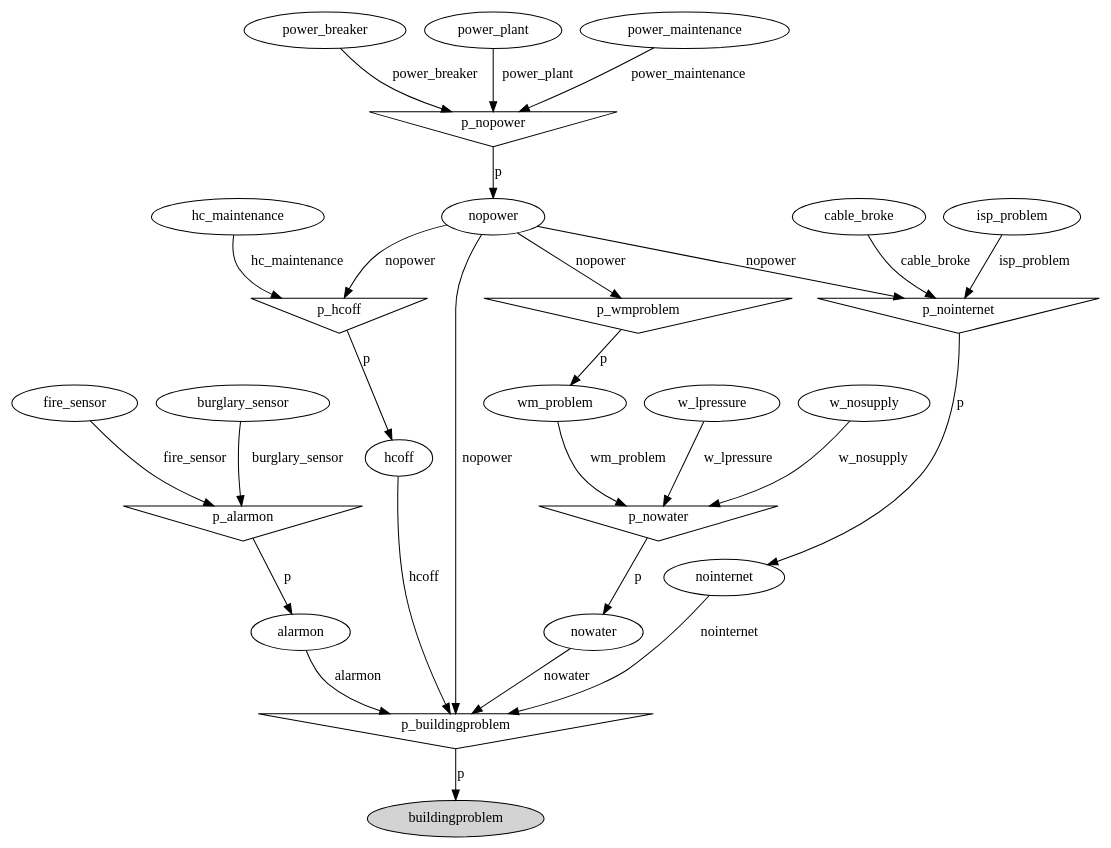
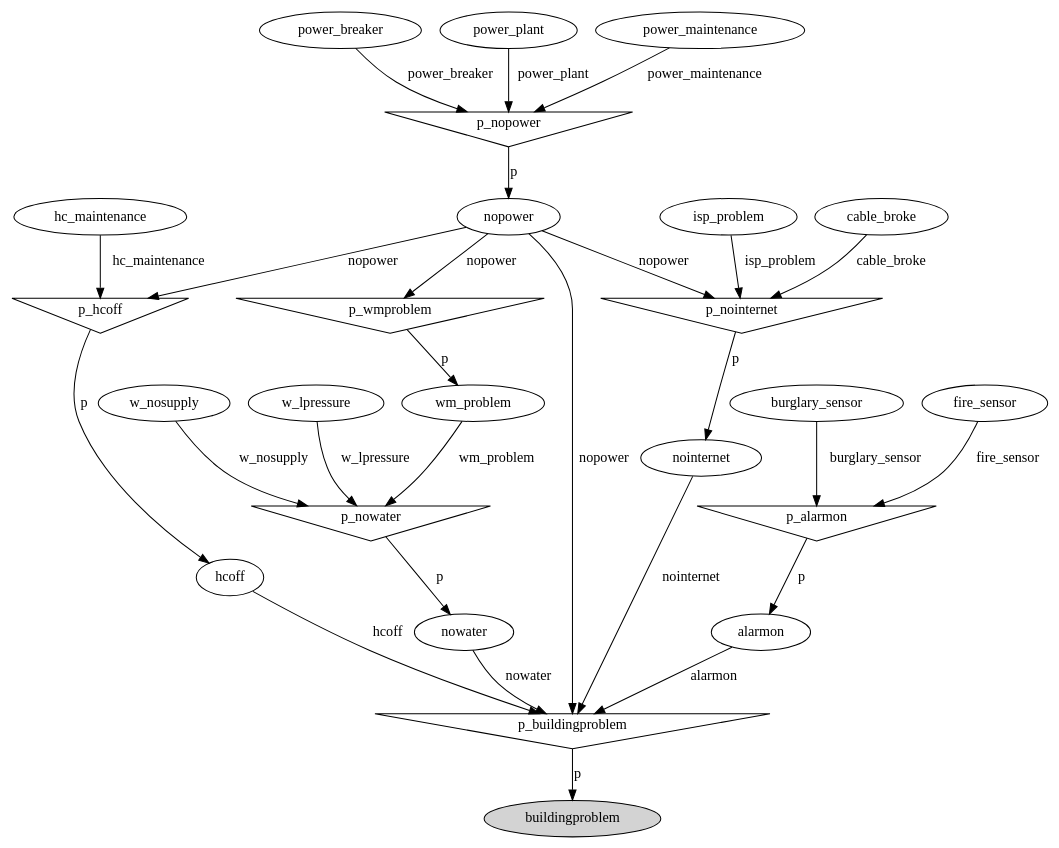
One commit to rolisanchez/ai-project-mcmc changed the diagram in container.dot. Above: the diagram before and after it, drawn with Graphviz. The commit also changed other lines of this file and 53 other files, not shown here.

```diff
--- a/container.dot
+++ b/container.dot
@@ -1,52 +1,52 @@
 digraph G {
+cable_broke;
+w_nosupply;
+nopower;
+p_nopower [shape=invtriangle];
+p_nopower -> nopower  [label=p];
+power_breaker;
+power_breaker -> p_nopower  [label=power_breaker];
+power_plant;
+power_plant -> p_nopower  [label=power_plant];
+power_maintenance;
+power_maintenance -> p_nopower  [label=power_maintenance];
+burglary_sensor;
+nowater;
+p_nowater [shape=invtriangle];
+p_nowater -> nowater  [label=p];
+w_lpressure;
+w_lpressure -> p_nowater  [label=w_lpressure];
+w_nosupply -> p_nowater  [label=w_nosupply];
+wm_problem;
+wm_problem -> p_nowater  [label=wm_problem];
+p_wmproblem [shape=invtriangle];
+p_wmproblem -> wm_problem  [label=p];
+nopower -> p_wmproblem  [label=nopower];
 buildingproblem [style=filled];
 p_buildingproblem [shape=invtriangle];
 p_buildingproblem -> buildingproblem  [label=p];
 alarmon;
 alarmon -> p_buildingproblem  [label=alarmon];
 p_alarmon [shape=invtriangle];
 p_alarmon -> alarmon  [label=p];
 fire_sensor;
 fire_sensor -> p_alarmon  [label=fire_sensor];
-burglary_sensor;
 burglary_sensor -> p_alarmon  [label=burglary_sensor];
 hcoff;
 hcoff -> p_buildingproblem  [label=hcoff];
 p_hcoff [shape=invtriangle];
 p_hcoff -> hcoff  [label=p];
 hc_maintenance;
 hc_maintenance -> p_hcoff  [label=hc_maintenance];
-nopower;
 nopower -> p_hcoff  [label=nopower];
-p_nopower [shape=invtriangle];
-p_nopower -> nopower  [label=p];
-power_breaker;
-power_breaker -> p_nopower  [label=power_breaker];
-power_plant;
-power_plant -> p_nopower  [label=power_plant];
-power_maintenance;
-power_maintenance -> p_nopower  [label=power_maintenance];
 nointernet;
 nointernet -> p_buildingproblem  [label=nointernet];
 p_nointernet [shape=invtriangle];
 p_nointernet -> nointernet  [label=p];
 nopower -> p_nointernet  [label=nopower];
-cable_broke;
 cable_broke -> p_nointernet  [label=cable_broke];
 isp_problem;
 isp_problem -> p_nointernet  [label=isp_problem];
-nowater;
 nowater -> p_buildingproblem  [label=nowater];
-p_nowater [shape=invtriangle];
-p_nowater -> nowater  [label=p];
-w_lpressure;
-w_lpressure -> p_nowater  [label=w_lpressure];
-w_nosupply;
-w_nosupply -> p_nowater  [label=w_nosupply];
-wm_problem;
-wm_problem -> p_nowater  [label=wm_problem];
-p_wmproblem [shape=invtriangle];
-p_wmproblem -> wm_problem  [label=p];
-nopower -> p_wmproblem  [label=nopower];
 nopower -> p_buildingproblem  [label=nopower];
 }
```
